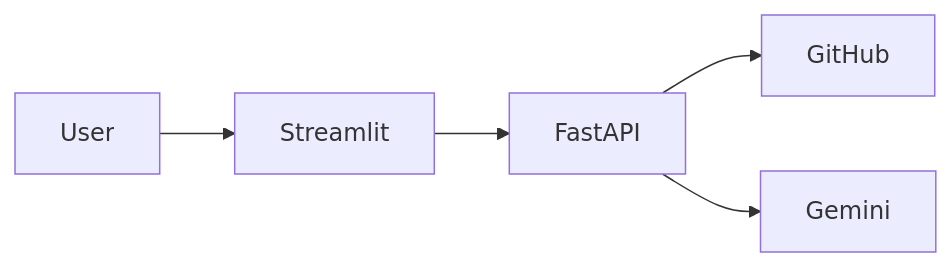
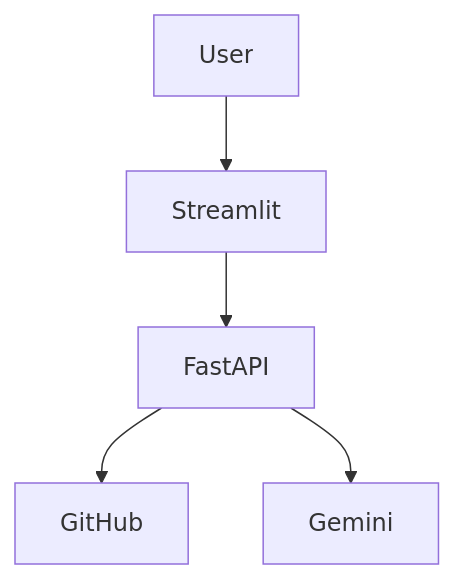
The diagram in README.md (sanjana990075/seedling-labs-github-ai-analyzer), drawn with Mermaid before and after one commit.

````diff
--- a/README.md
+++ b/README.md
@@ -67,7 +67,7 @@
 ```mermaid
-graph LR
+graph TD
     User --> Streamlit
     Streamlit --> FastAPI
     FastAPI --> GitHub
     FastAPI --> Gemini
 ```
````
